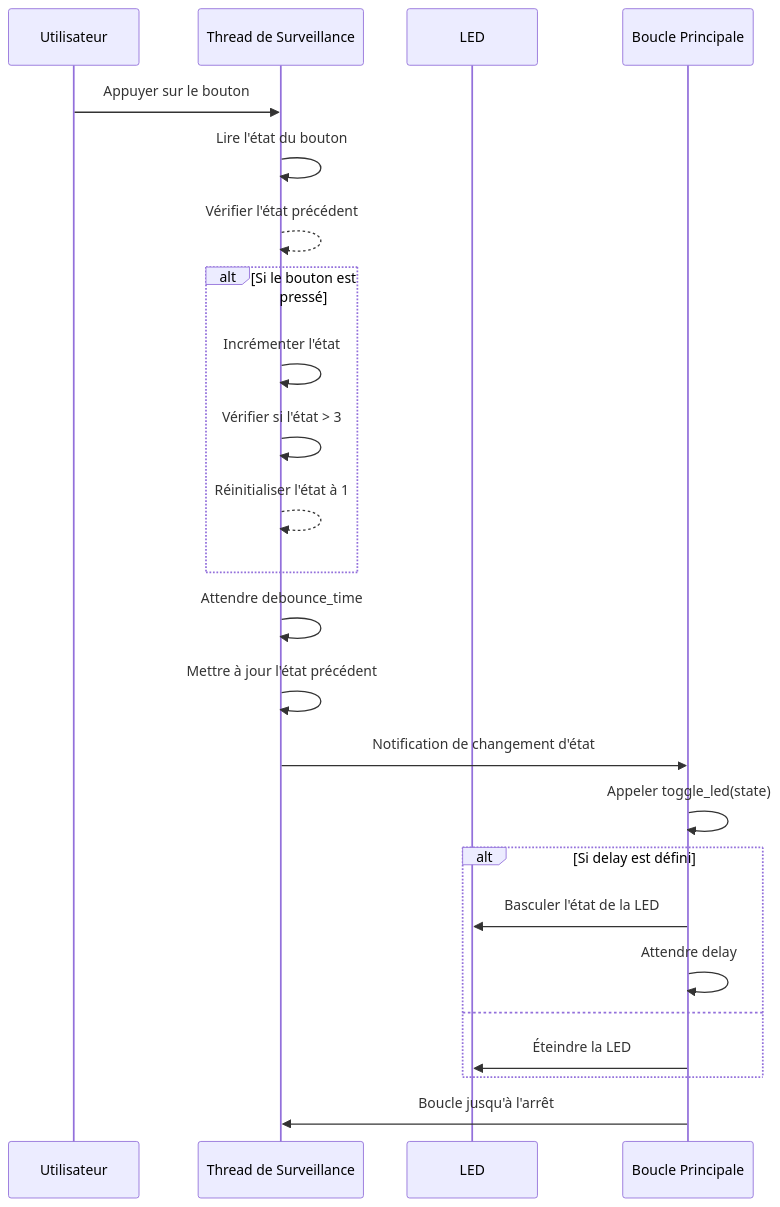
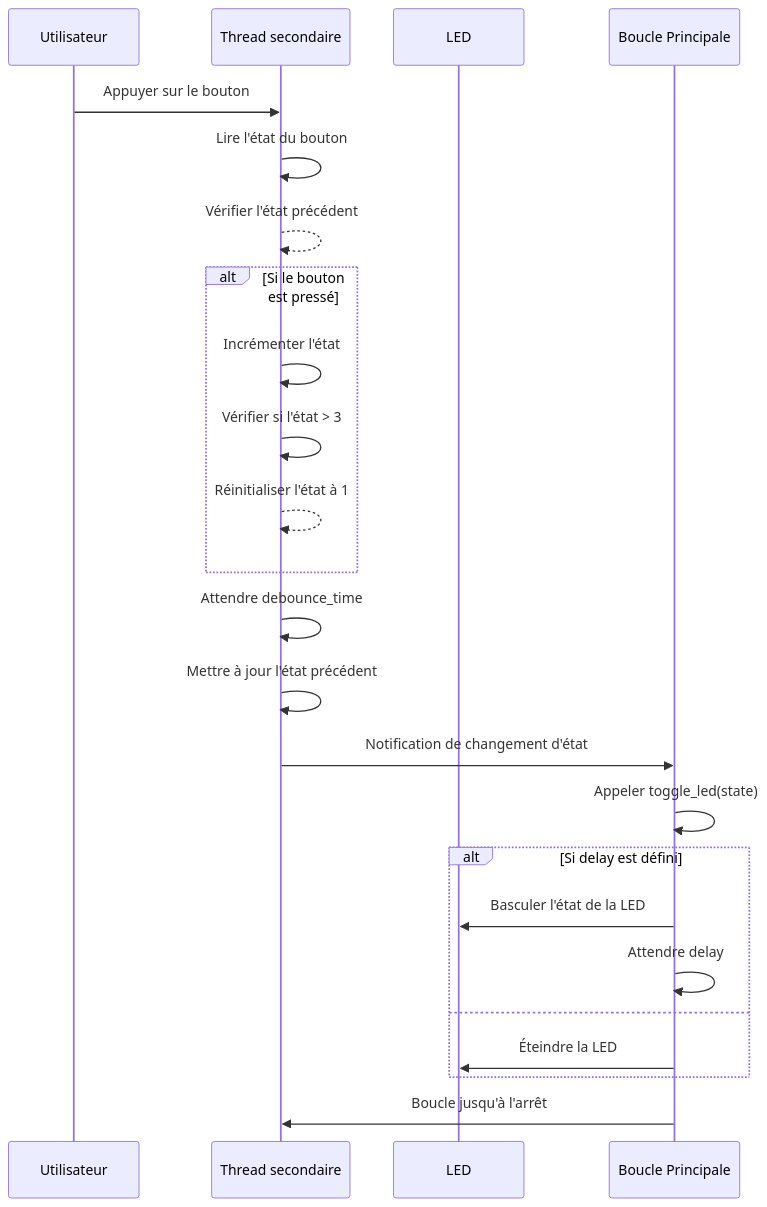
Before and after one commit to GourmetSebastien/SmartCities: the diagram in Exo1/readme.md, drawn with Mermaid. The commit also changed other lines of this file, not shown here.

````diff
--- a/Exo1/readme.md
+++ b/Exo1/readme.md
@@ -20,29 +18,29 @@
 ```mermaid
 sequenceDiagram
     participant B as Utilisateur
-    participant T as Thread de Surveillance
+    participant T as Thread secondaire
     participant L as LED
     participant M as Boucle Principale
 
     B->>T: Appuyer sur le bouton
     T->>T: Lire l'état du bouton
     T-->>T: Vérifier l'état précédent
     alt Si le bouton est pressé
         T->>T: Incrémenter l'état
         T->>T: Vérifier si l'état > 3
         T-->>T: Réinitialiser l'état à 1
     end
     T->>T: Attendre debounce_time
     T->>T: Mettre à jour l'état précédent
     T->>M: Notification de changement d'état
 
     M->>M: Appeler toggle_led(state)
     alt Si delay est défini
         M->>L: Basculer l'état de la LED
         M->>M: Attendre delay
     else
         M->>L: Éteindre la LED
     end
 
     M->>T: Boucle jusqu'à l'arrêt
 ```
````
